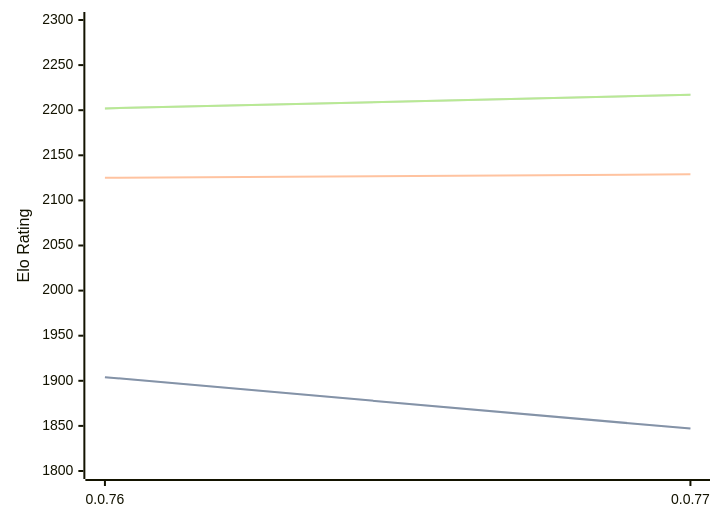
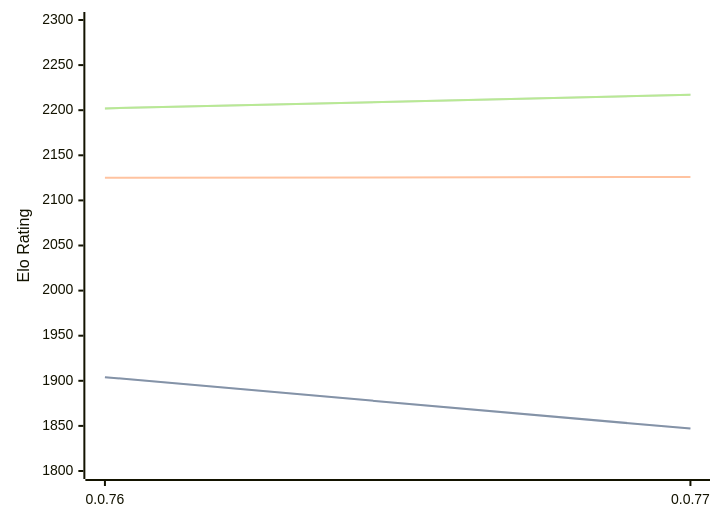
The diagram in engines/Fktb.md (computer-chess-index/cci), drawn with Mermaid before and after one commit. The commit also changed other lines of this file, not shown here.

````diff
--- a/engines/Fktb.md
+++ b/engines/Fktb.md
@@ -32,11 +32,11 @@
 ```mermaid
 %%{init: {"theme":"base","themeVariables":{"seriesColors:['#a3a3a3','#222221','#faa371']}}}%%
 xychart-beta
   x-axis ["0.0.76", "0.0.77"]
   y-axis "Elo Rating" 1800 --> 2300
   line "STC (8.0+0.08s)" [1904, 1847]
   line "STC (8.0+0.08s)" [1904, 1847]
-  line "LTC (60.0+0.60s)" [2125, 2129]
+  line "LTC (60.0+0.60s)" [2125, 2126]
   line "VLTC (2m24s+1.12s)" [2202, 2217]
   line "VLTC (2m24s+1.12s)" [2202, 2217]
 ```
````
